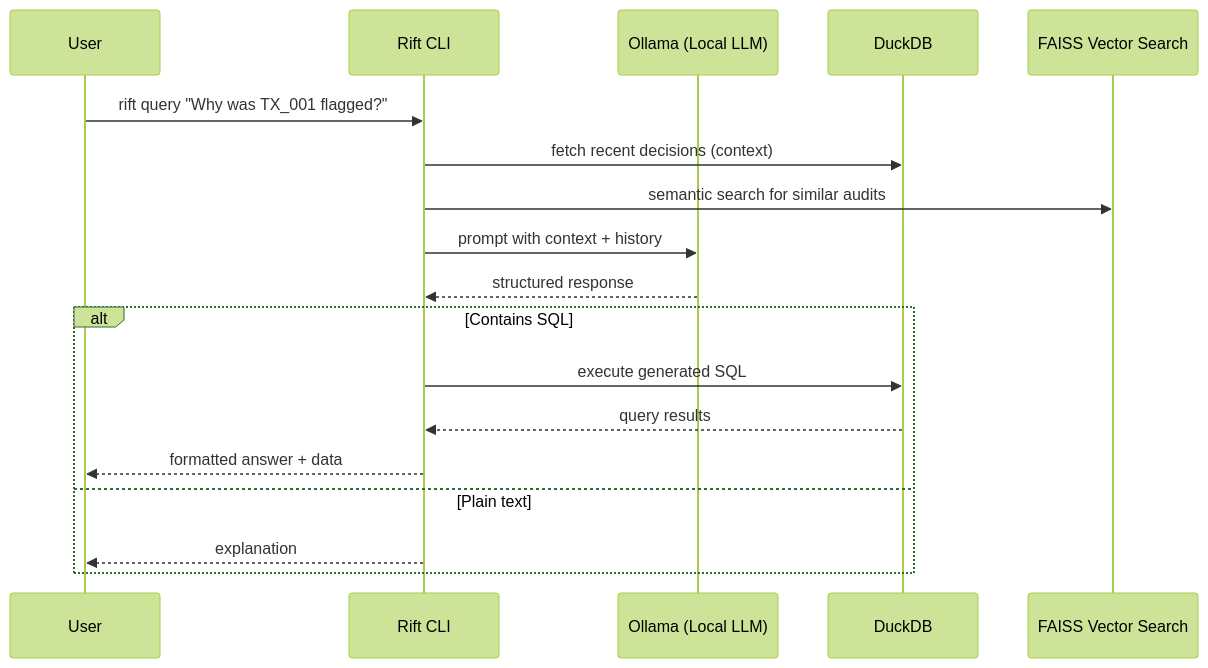
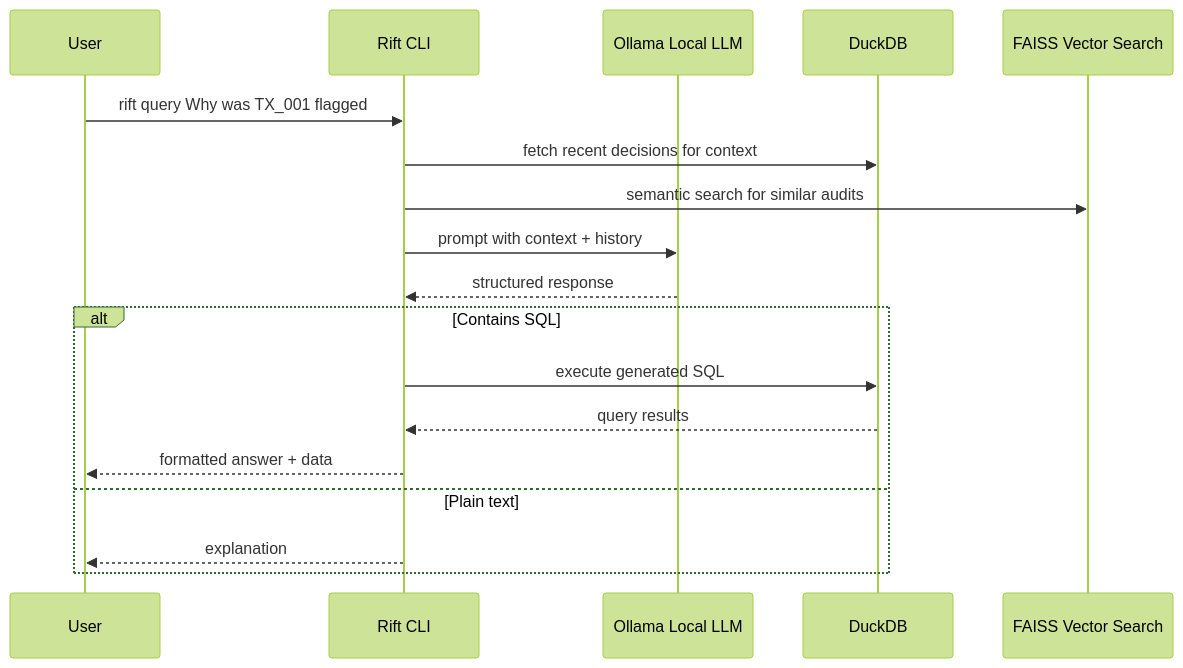
Diagram 14 of 16 in ARCHITECTURE.md (AngelP17/Rift), drawn with Mermaid (forest theme) before and after one commit. The commit also changed other lines of this file, not shown here.

````diff
--- a/ARCHITECTURE.md
+++ b/ARCHITECTURE.md
@@ -439,21 +546,21 @@
 ```mermaid
 sequenceDiagram
     participant U as User
     participant CLI as Rift CLI
-    participant OL as Ollama (Local LLM)
+    participant OL as Ollama Local LLM
     participant DB as DuckDB
     participant VS as FAISS Vector Search
 
-    U->>CLI: rift query "Why was TX_001 flagged?"
-    CLI->>DB: fetch recent decisions (context)
+    U->>CLI: rift query Why was TX_001 flagged
+    CLI->>DB: fetch recent decisions for context
     CLI->>VS: semantic search for similar audits
     CLI->>OL: prompt with context + history
     OL-->>CLI: structured response
     alt Contains SQL
         CLI->>DB: execute generated SQL
         DB-->>CLI: query results
         CLI-->>U: formatted answer + data
     else Plain text
         CLI-->>U: explanation
     end
 ```
````
